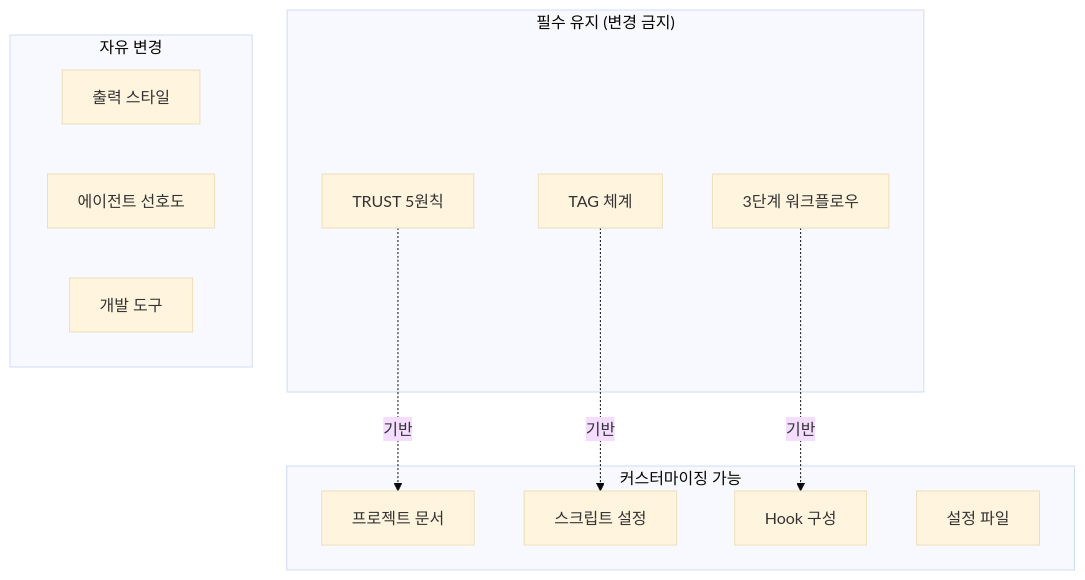
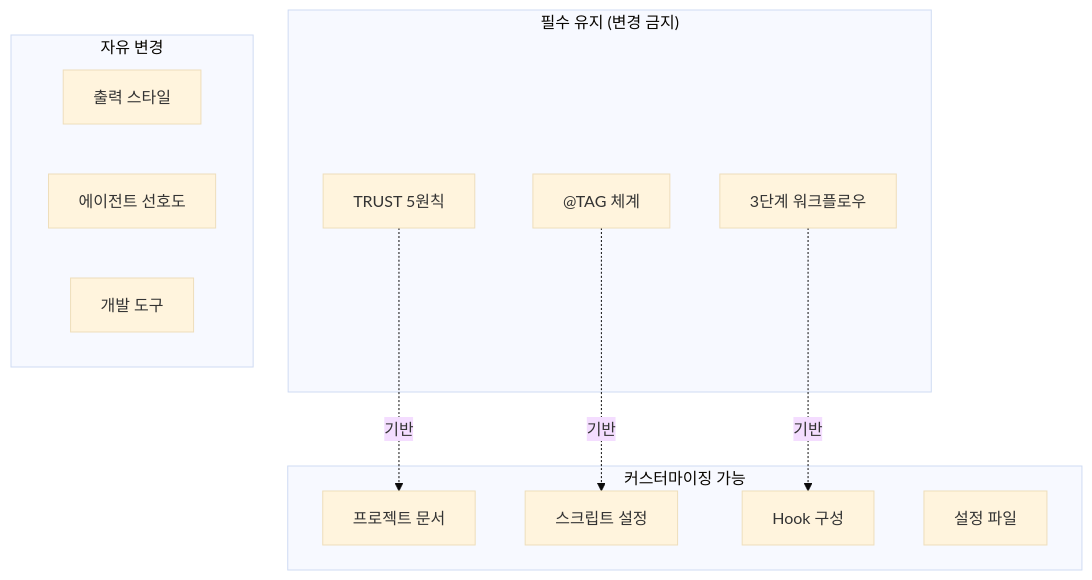
One commit to modu-ai/moai-adk changed the diagram in docs/advanced/template-customization.md. Above: the diagram before and after it, drawn with Mermaid (base theme). The commit also changed other lines of this file and 19 other files, not shown here.

First line of the commit message:
🎨 fix: docs 전체 Mermaid 다이어그램 특수문자 오류 수정 (19개 파일)

````diff
--- a/docs/advanced/template-customization.md
+++ b/docs/advanced/template-customization.md
@@ -22,26 +22,26 @@
 ```mermaid
 graph TB
     subgraph "필수 유지 (변경 금지)"
-        A[TRUST 5원칙]
-        B[TAG 체계]
-        C[3단계 워크플로우]
+        A["TRUST 5원칙"]
+        B["@TAG 체계"]
+        C["3단계 워크플로우"]
     end
 
     subgraph "커스터마이징 가능"
-        D[프로젝트 문서]
-        E[스크립트 설정]
-        F[Hook 구성]
-        G[설정 파일]
+        D["프로젝트 문서"]
+        E["스크립트 설정"]
+        F["Hook 구성"]
+        G["설정 파일"]
     end
 
     subgraph "자유 변경"
-        H[출력 스타일]
-        I[에이전트 선호도]
-        J[개발 도구]
+        H["출력 스타일"]
+        I["에이전트 선호도"]
+        J["개발 도구"]
     end
 
     A -.->|기반| D
     B -.->|기반| E
     C -.->|기반| F
 
 ```
````
